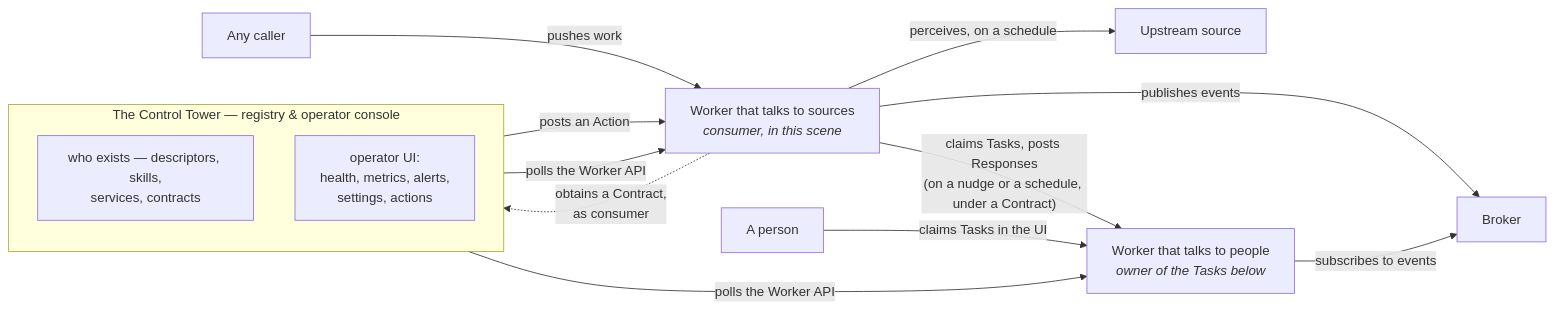
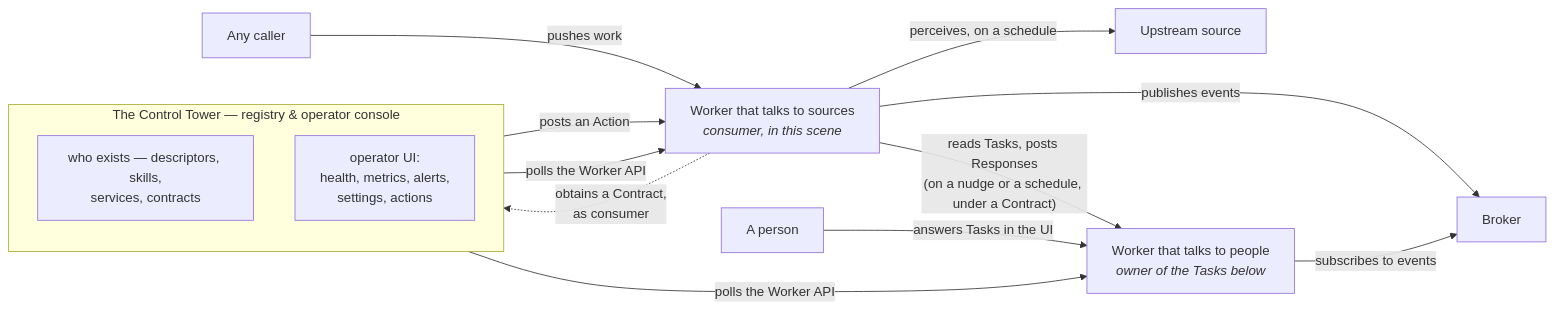
Before and after one commit to rowing-tech/worker-protocol: the diagram in docs/architecture.md, drawn with Mermaid. The commit also changed other lines of this file and 52 other files, not shown here.

````diff
--- a/docs/architecture.md
+++ b/docs/architecture.md
@@ -190,25 +189,25 @@
 ```mermaid
 flowchart LR
   subgraph tower["The Control Tower — registry & operator console"]
     direction TB
     registry["who exists — descriptors, skills,<br/>services, contracts"]
     console["operator UI:<br/>health, metrics, alerts,<br/>settings, actions"]
   end
   source["Upstream source"]
   caller["Any caller"]
   worker["Worker that talks to sources<br/><i>consumer, in this scene</i>"]
   app["Worker that talks to people<br/><i>owner of the Tasks below</i>"]
   broker["Broker"]
   person["A person"]
 
   worker -- "perceives, on a schedule" --> source
   caller -- "pushes work" --> worker
-  worker -- "claims Tasks, posts Responses<br/>(on a nudge or a schedule, under a Contract)" --> app
-  person -- "claims Tasks in the UI" --> app
+  worker -- "reads Tasks, posts Responses<br/>(on a nudge or a schedule, under a Contract)" --> app
+  person -- "answers Tasks in the UI" --> app
   worker -- "publishes events" --> broker
   app -- "subscribes to events" --> broker
   tower -- "polls the Worker API" --> worker
   tower -- "polls the Worker API" --> app
   console -- "posts an Action" --> worker
   worker -. "obtains a Contract,<br/>as consumer" .-> registry
 ```
````
